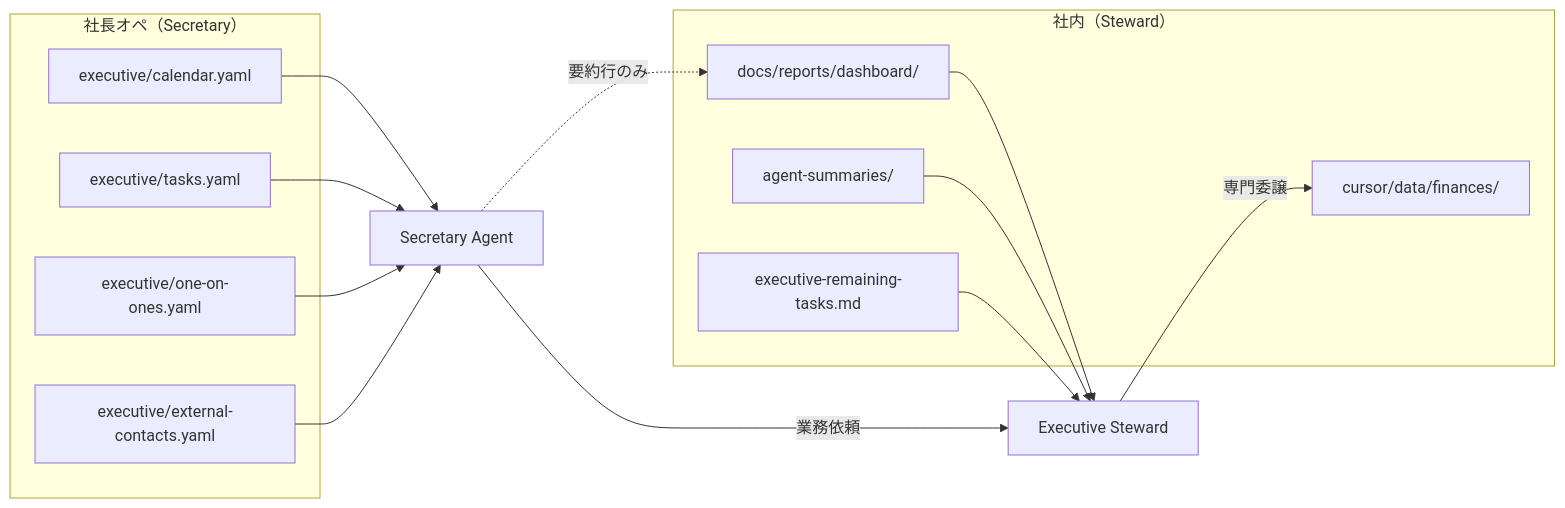
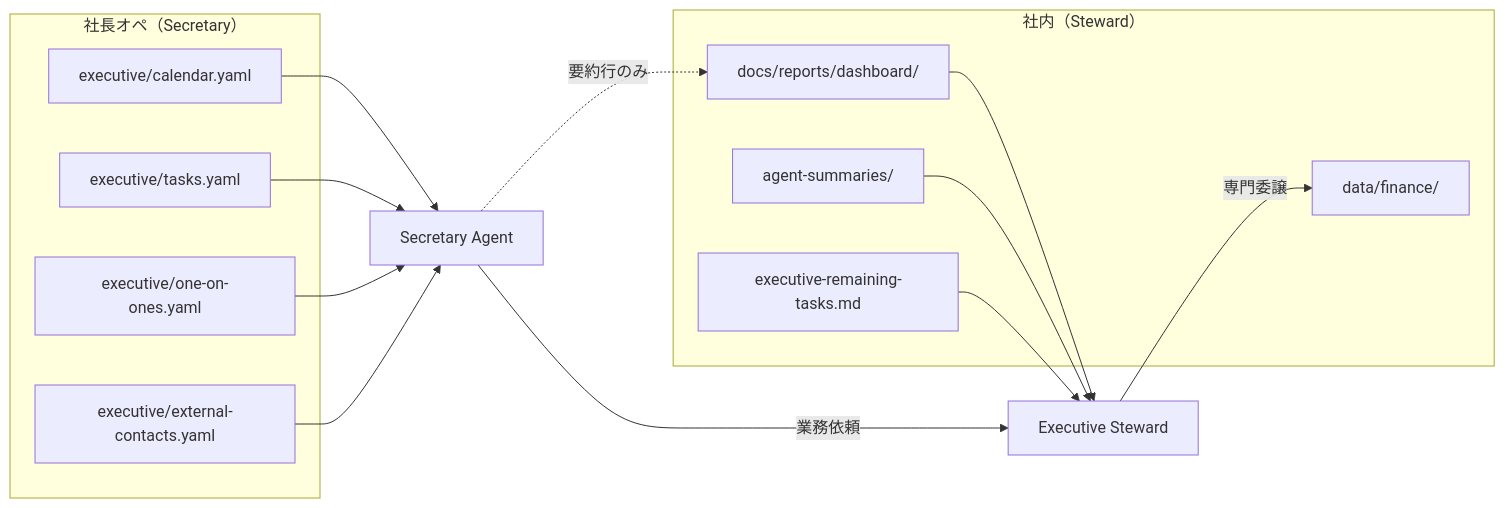
The diagram in steward/rules/secretary_steward_boundary.md (taketani-masatoshi/OpenOrgOS), drawn with Mermaid before and after one commit. The commit also changed other lines of this file and 195 other files, not shown here.

````diff
--- a/steward/rules/secretary_steward_boundary.md
+++ b/steward/rules/secretary_steward_boundary.md
@@ -37,32 +37,32 @@
 ```mermaid
 flowchart LR
   subgraph Internal["社内（Steward）"]
     DASH[docs/reports/dashboard/]
     SUM[agent-summaries/]
     P0[executive-remaining-tasks.md]
-    FIN[cursor/data/finances/]
+    FIN[data/finance/]
   end
 
   subgraph Executive["社長オペ（Secretary）"]
     CAL[executive/calendar.yaml]
     TASK[executive/tasks.yaml]
     OOO[executive/one-on-ones.yaml]
     EXT[executive/external-contacts.yaml]
   end
 
   SEC[Secretary Agent]
   STEW[Executive Steward]
 
   CAL --> SEC
   TASK --> SEC
   OOO --> SEC
   EXT --> SEC
 
   DASH --> STEW
   SUM --> STEW
   P0 --> STEW
 
   SEC -.->|要約行のみ| DASH
   SEC -->|業務依頼| STEW
   STEW -->|専門委譲| FIN
 ```
````
